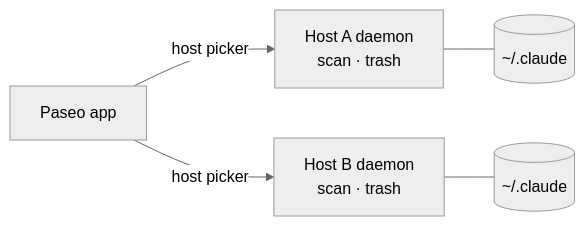
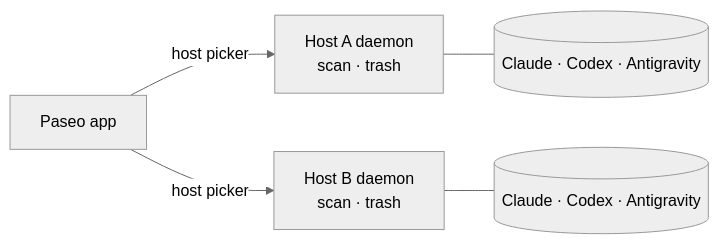
The second of 2 diagrams in README.md (jjayjackie/SessionManager), drawn with Mermaid (neutral theme) before and after one commit. The commit also changed other lines of this file and 7 other files, not shown here.

````diff
--- a/README.md
+++ b/README.md
@@ -82,6 +89,6 @@
 ```mermaid
 flowchart LR
   App[Paseo app] -- host picker --> H1[Host A daemon<br/>scan · trash] & H2[Host B daemon<br/>scan · trash]
-  H1 --- C1[(~/.claude)]
-  H2 --- C2[(~/.claude)]
+  H1 --- C1[(Claude · Codex · Antigravity)]
+  H2 --- C2[(Claude · Codex · Antigravity)]
 ```
````
